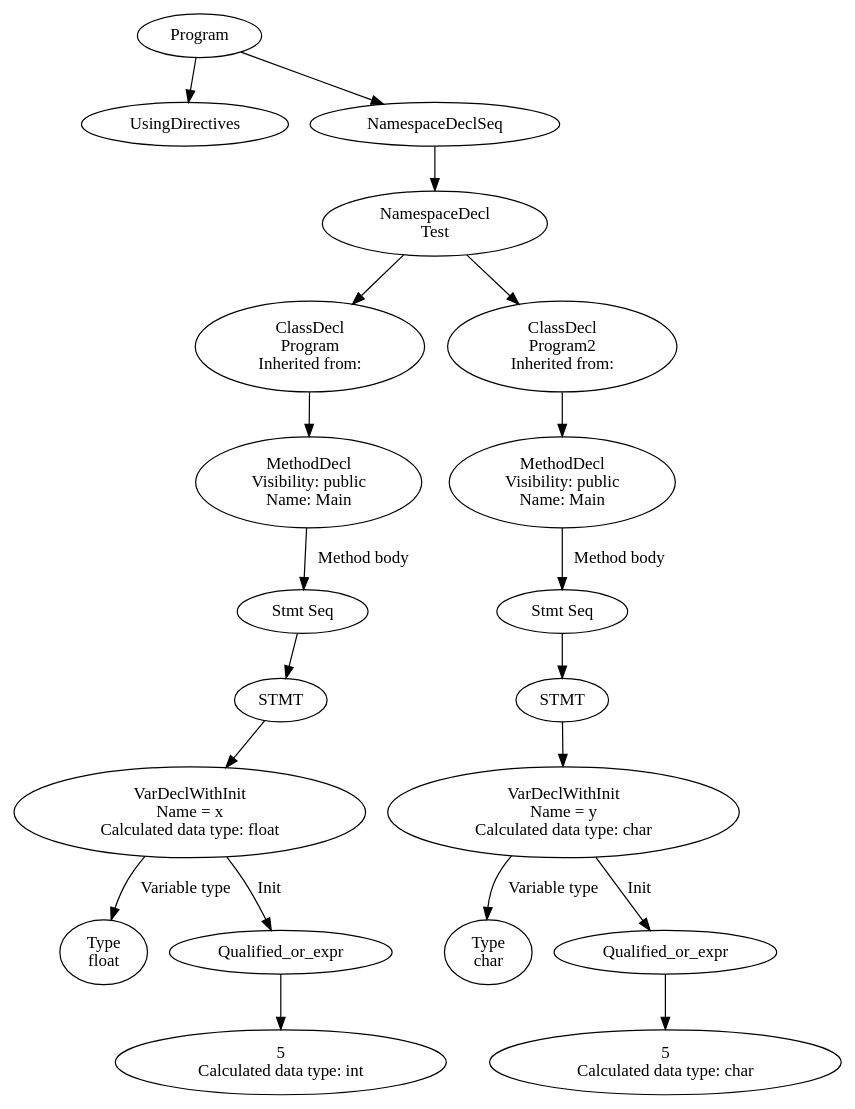
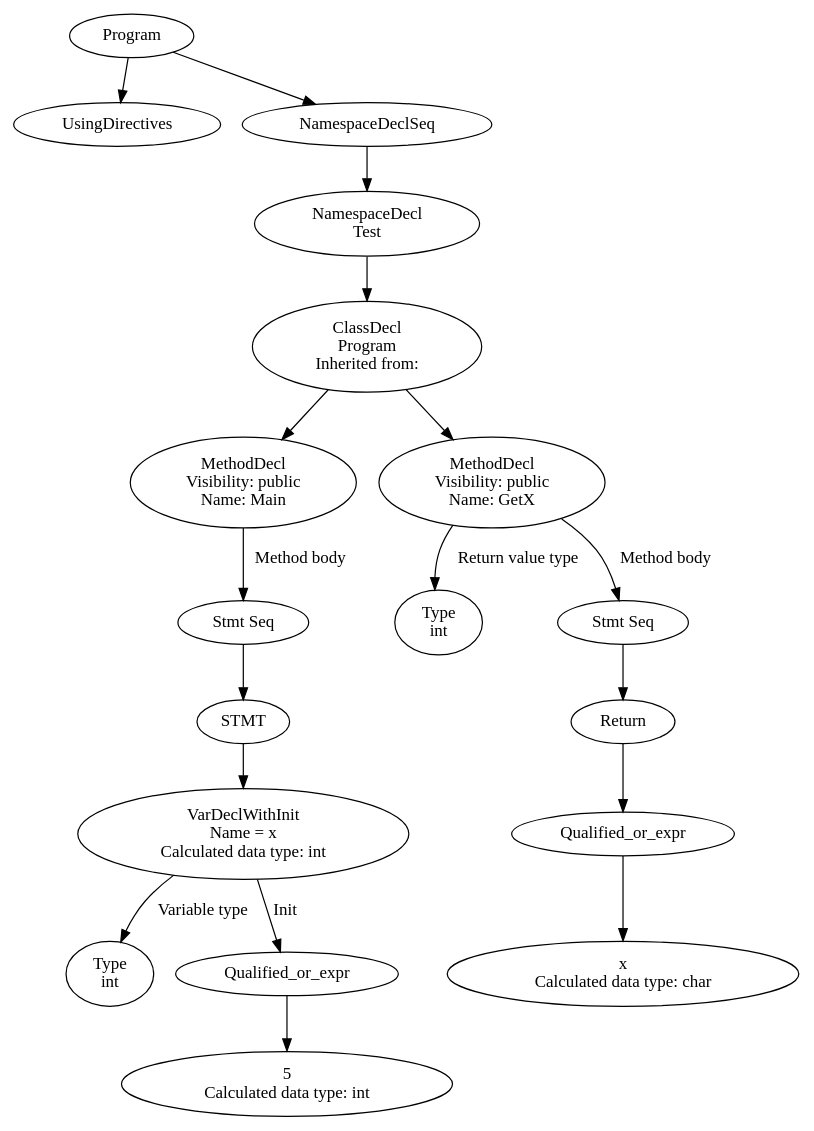
The diagram in lexer-build/ast.dot (SergeyGT/CSharp_Compiler), drawn with Graphviz before and after one commit. The commit also changed 1 other file, not shown here.

Commit message:
Test Update

```diff
--- a/lexer-build/ast.dot
+++ b/lexer-build/ast.dot
@@ -1,41 +1,37 @@
 digraph Program {
-24 [label="Program"]
+21 [label="Program"]
 0 [label="UsingDirectives"]
-23 [label="NamespaceDeclSeq"]
-22 [label="NamespaceDecl\nTest"]
-10 [label="ClassDecl\nProgram\n Inherited from: "]
+20 [label="NamespaceDeclSeq"]
+19 [label="NamespaceDecl\nTest"]
+17 [label="ClassDecl\nProgram\n Inherited from: "]
 8 [label="MethodDecl\nVisibility: public\nName: Main"]
 7 [label="Stmt Seq"]
 6 [label="STMT"]
-5 [label="VarDeclWithInit\nName = x\nCalculated data type: float"]
-2 [label="Type\nfloat"]
+5 [label="VarDeclWithInit\nName = x\nCalculated data type: int"]
+2 [label="Type\nint"]
 5 -> 2 [label="Variable type"]
 4 [label="Qualified_or_expr"]
 3 [label="5\nCalculated data type: int"]
 4 -> 3
 5 -> 4 [label="Init"]
 6 -> 5
 7 -> 6
 8 -> 7 [label="Method body"]
-10 -> 8
-22 -> 10
-21 [label="ClassDecl\nProgram2\n Inherited from: "]
-19 [label="MethodDecl\nVisibility: public\nName: Main"]
-18 [label="Stmt Seq"]
-17 [label="STMT"]
-16 [label="VarDeclWithInit\nName = y\nCalculated data type: char"]
-13 [label="Type\nchar"]
-16 -> 13 [label="Variable type"]
-15 [label="Qualified_or_expr"]
-14 [label="5\nCalculated data type: char"]
+17 -> 8
+16 [label="MethodDecl\nVisibility: public\nName: GetX"]
+10 [label="Type\nint"]
+16 -> 10 [label="Return value type"]
+15 [label="Stmt Seq"]
+14 [label="Return"]
+13 [label="Qualified_or_expr"]
+12 [label="x\nCalculated data type: char"]
+13 -> 12
+14 -> 13
 15 -> 14
-16 -> 15 [label="Init"]
+16 -> 15 [label="Method body"]
 17 -> 16
-18 -> 17
-19 -> 18 [label="Method body"]
-21 -> 19
-22 -> 21
-23 -> 22
-24 -> 0
-24 -> 23
+19 -> 17
+20 -> 19
+21 -> 0
+21 -> 20
 }
```
